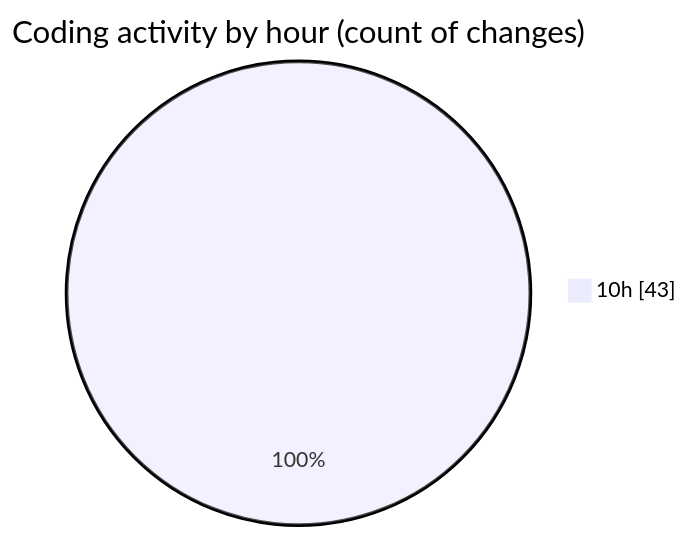
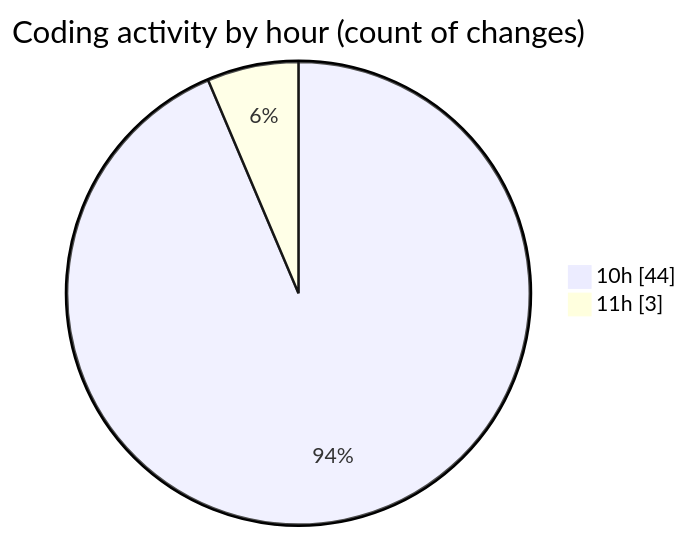
The second of 2 diagrams in 2025-08-28/cda/README.md (momahboobian/code-tracking), drawn with Mermaid before and after one commit. The commit also changed other lines of this file and 1 other file, not shown here.

````diff
--- a/2025-08-28/cda/README.md
+++ b/2025-08-28/cda/README.md
@@ -30,5 +30,6 @@
 ```mermaid
 pie showData
 title Coding activity by hour (count of changes)
-"10h" : 43
+"10h" : 44
+"11h" : 3
 ```
````
